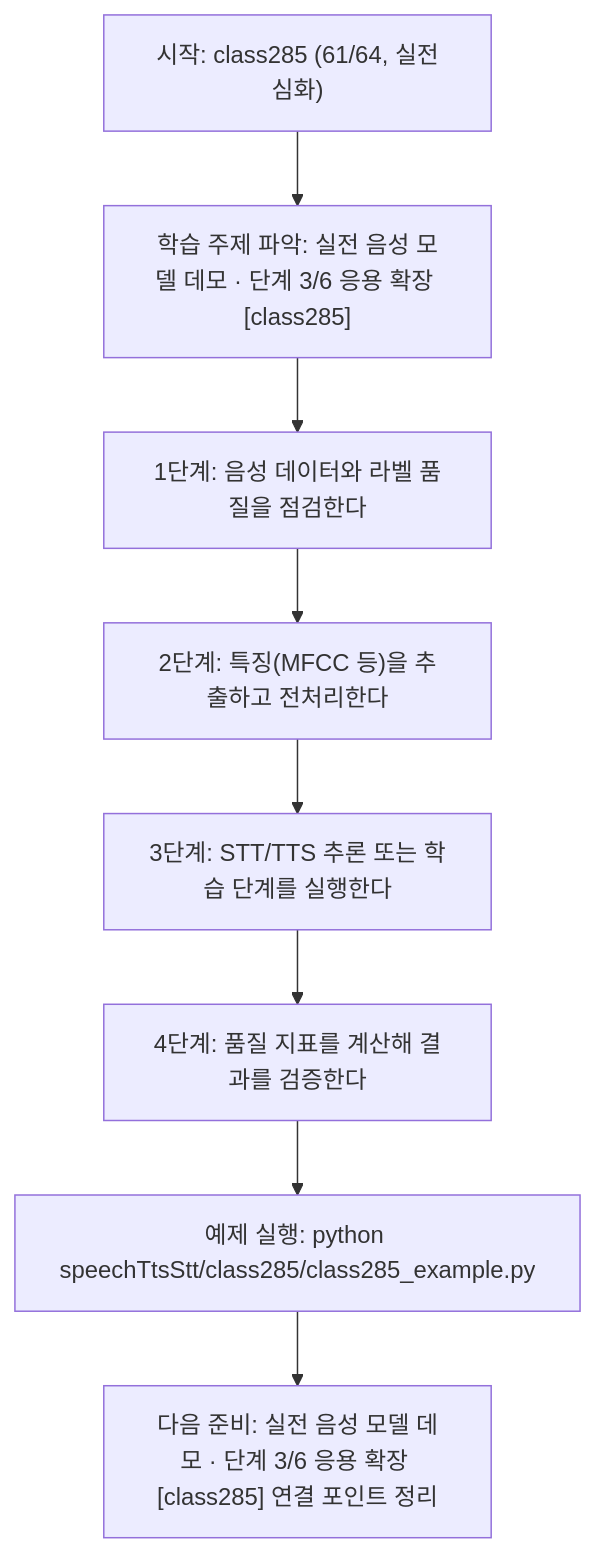
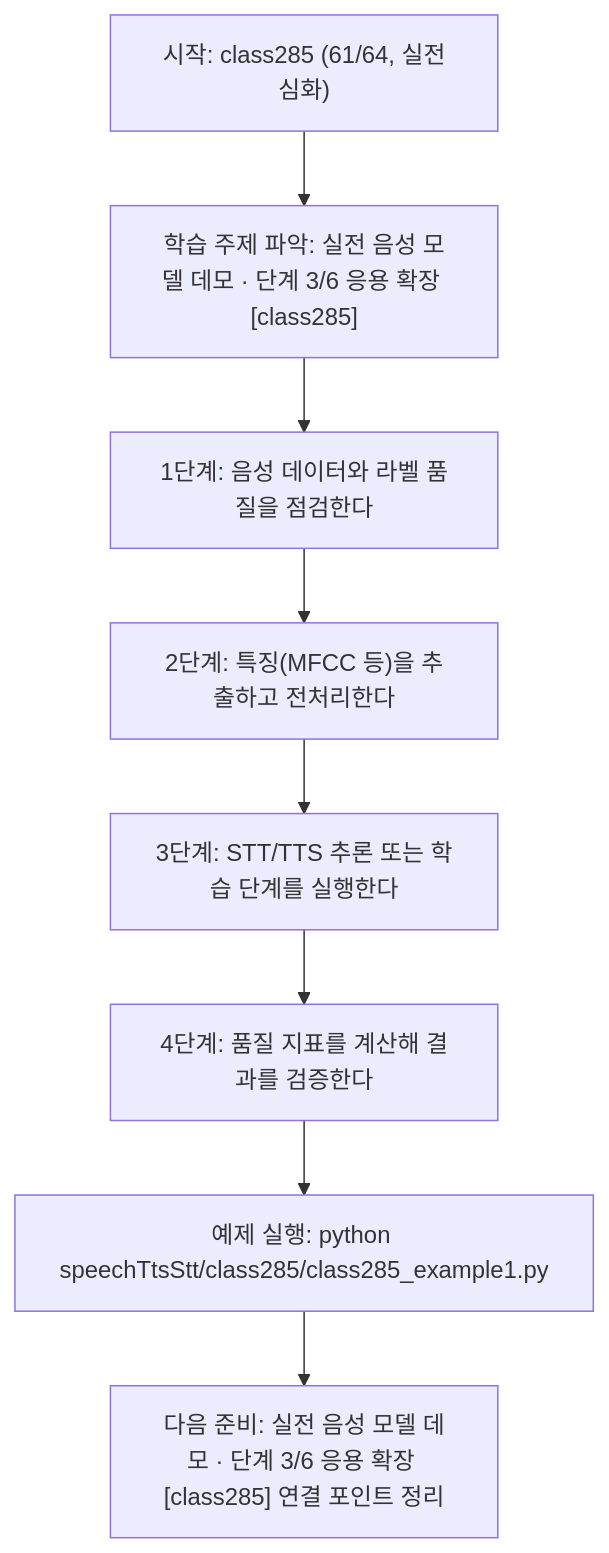
One commit to edumgt/Python-AI_Agent-Class changed the diagram in speechTtsStt/class285/class285.md. Above: the diagram before and after it, drawn with Mermaid. The commit also changed other lines of this file and 2959 other files, not shown here.

````diff
--- a/speechTtsStt/class285/class285.md
+++ b/speechTtsStt/class285/class285.md
@@ -115,18 +115,18 @@
 ```mermaid
 flowchart TD
 N1["시작: class285 (61/64, 실전심화)"]
 N2["학습 주제 파악: 실전 음성 모델 데모 · 단계 3/6 응용 확장 [class285]"]
 N3["1단계: 음성 데이터와 라벨 품질을 점검한다"]
 N4["2단계: 특징(MFCC 등)을 추출하고 전처리한다"]
 N5["3단계: STT/TTS 추론 또는 학습 단계를 실행한다"]
 N6["4단계: 품질 지표를 계산해 결과를 검증한다"]
-N7["예제 실행: python speechTtsStt/class285/class285_example.py"]
+N7["예제 실행: python speechTtsStt/class285/class285_example1.py"]
 N8["다음 준비: 실전 음성 모델 데모 · 단계 3/6 응용 확장 [class285] 연결 포인트 정리"]
 N1 --> N2
 N2 --> N3
 N3 --> N4
 N4 --> N5
 N5 --> N6
 N6 --> N7
 N7 --> N8
 ```
````
